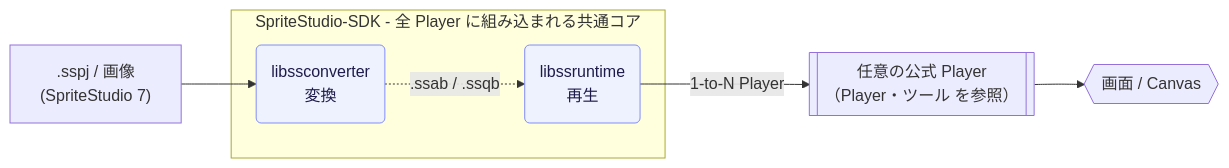
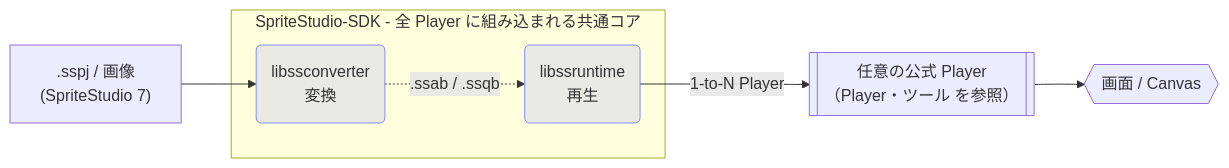
Before and after one commit to cri-middleware/SpriteStudio-Docs: the diagram in docs/ja/overview/ecosystem.md, drawn with Mermaid. The commit also changed 8 other files, not shown here.

First line of the commit message:
docs: correct the CI claim, the ja SDK links, and the diagram fill

````diff
--- a/docs/ja/overview/ecosystem.md
+++ b/docs/ja/overview/ecosystem.md
@@ -11,19 +11,19 @@
 ```mermaid
 graph LR
     SS[" .sspj / 画像<br/>(SpriteStudio 7) "]
 
     subgraph SDK ["SpriteStudio-SDK - 全 Player に組み込まれる共通コア"]
         CONV(" libssconverter<br/>変換 ")
         RT(" libssruntime<br/>再生 ")
     end
 
     PLAYER[[" 任意の公式 Player<br/>（Player・ツール を参照） "]]
     SCREEN{{" 画面 / Canvas "}}
 
     SS --> CONV
     CONV -. ".ssab / .ssqb" .-> RT
     RT -- "1-to-N Player" --> PLAYER --> SCREEN
 
-    classDef sdk fill:#eef2ff,stroke:#818cf8,color:#1e1b4b;
+    classDef sdk fill:#818cf82e,stroke:#818cf8;
     class CONV,RT sdk;
 ```
````
